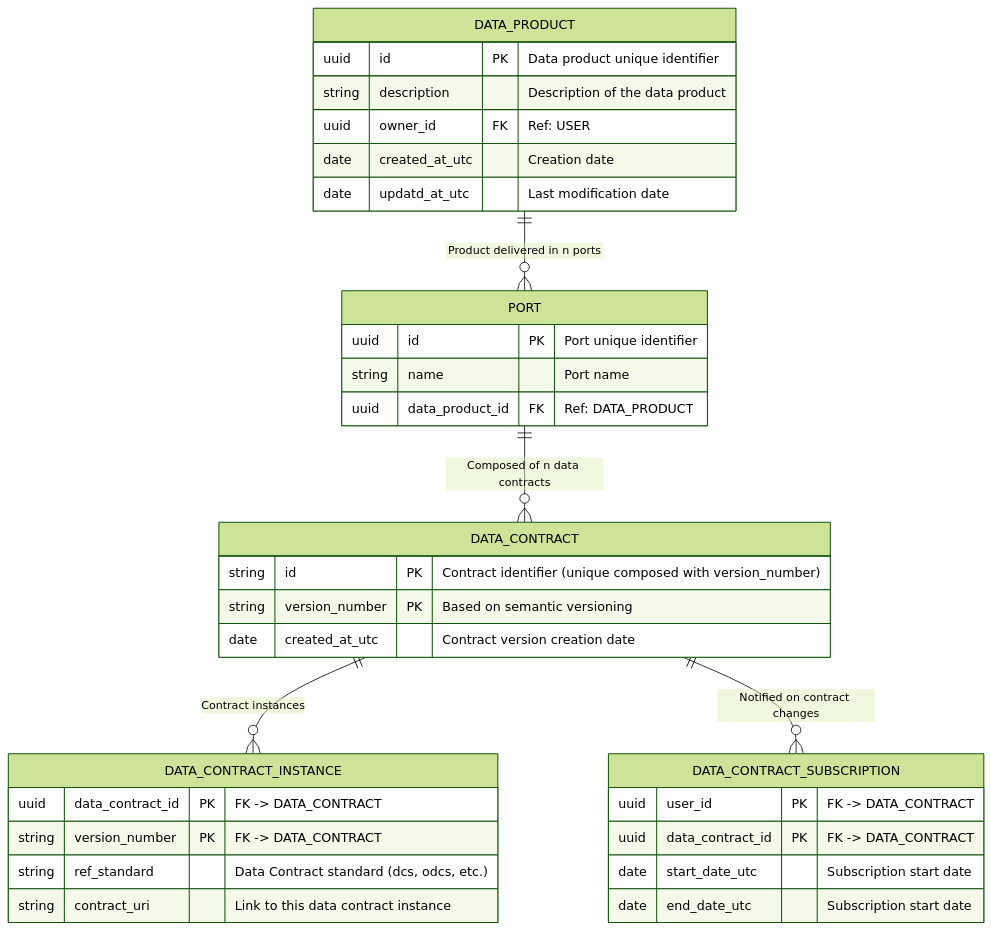
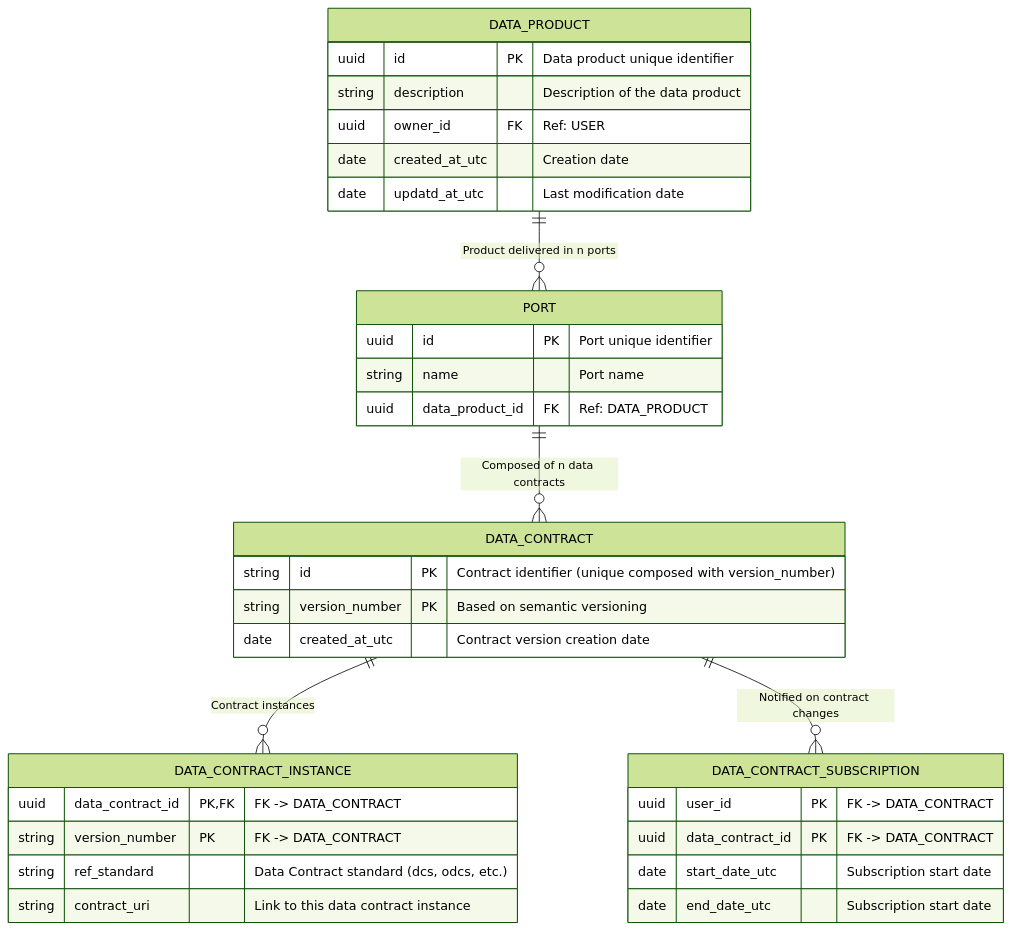
The diagram in docs/relational_model.md (monmaya/base-impl), drawn with Mermaid (forest theme) before and after one commit.

````diff
--- a/docs/relational_model.md
+++ b/docs/relational_model.md
@@ -5,46 +5,46 @@
 ```mermaid
 
 erDiagram
 
     DATA_PRODUCT {
         uuid id PK "Data product unique identifier"
         string description "Description of the data product"
         uuid owner_id FK "Ref: USER"
         date created_at_utc "Creation date"
         date updatd_at_utc "Last modification date"
     }
 
     PORT {
         uuid id PK "Port unique identifier"
         string name "Port name"
         uuid data_product_id FK "Ref: DATA_PRODUCT"
     }
 
     DATA_CONTRACT {
         string id PK "Contract identifier (unique composed with version_number)"
         string version_number PK "Based on semantic versioning"
         date created_at_utc "Contract version creation date"
     }
 
     DATA_CONTRACT_INSTANCE {
-        uuid data_contract_id PK "FK -> DATA_CONTRACT"
+        uuid data_contract_id PK, FK "FK -> DATA_CONTRACT"
         string version_number PK "FK -> DATA_CONTRACT"
         string ref_standard "Data Contract standard (dcs, odcs, etc.)"
         string contract_uri "Link to this data contract instance"
     }
     
     DATA_CONTRACT_SUBSCRIPTION {
         uuid user_id PK "FK -> DATA_CONTRACT"
         uuid data_contract_id PK "FK -> DATA_CONTRACT"
         date start_date_utc "Subscription start date"
         date end_date_utc "Subscription start date"
     }
 
 
     DATA_PRODUCT ||--o{ PORT : "Product delivered in n ports"
     PORT ||--o{ DATA_CONTRACT : "Composed of n data contracts"
     DATA_CONTRACT ||--o{ DATA_CONTRACT_INSTANCE : "Contract instances"
     DATA_CONTRACT ||--o{ DATA_CONTRACT_SUBSCRIPTION : "Notified on contract changes"
 
 
   ```
````
